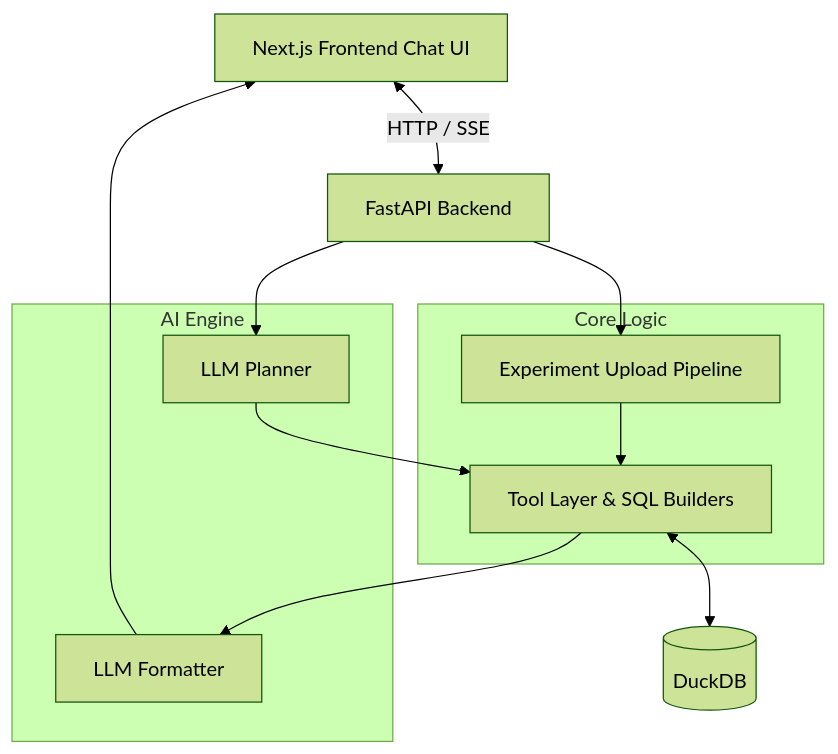
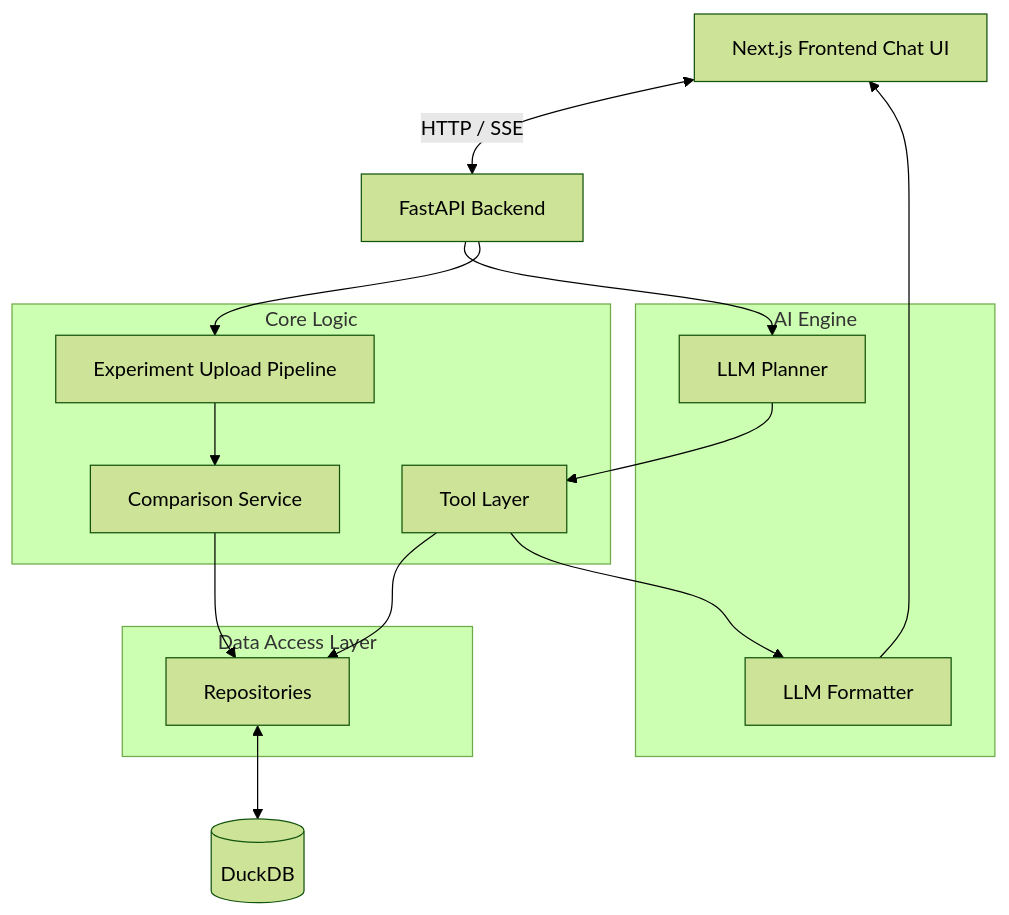
One commit to JayKrishna05/Chem-AI-Experimental-Assistant changed the first of 5 diagrams in architecture_diagrams.md. Above: the diagram before and after it, drawn with Mermaid (forest theme). The commit also changed other lines of this file and 56 other files, not shown here.

````diff
--- a/architecture_diagrams.md
+++ b/architecture_diagrams.md
@@ -7,28 +7,36 @@
 ```mermaid
 graph TD
     UI[Next.js Frontend Chat UI]
     API[FastAPI Backend]
     
     subgraph AI Engine
         P[LLM Planner]
         F[LLM Formatter]
     end
     
     subgraph Core Logic
-        T[Tool Layer & SQL Builders]
+        T[Tool Layer]
         E[Experiment Upload Pipeline]
+        S[Comparison Service]
+    end
+    
+    subgraph Data Access Layer
+        R[Repositories]
     end
     
     DB[(DuckDB)]
     
     UI <-->|HTTP / SSE| API
     API --> P
     API --> E
     
     P --> T
-    E --> T
+    E --> S
     
-    T <--> DB
+    T --> R
+    S --> R
+    
+    R <--> DB
     T --> F
     F --> UI
 ```
````
